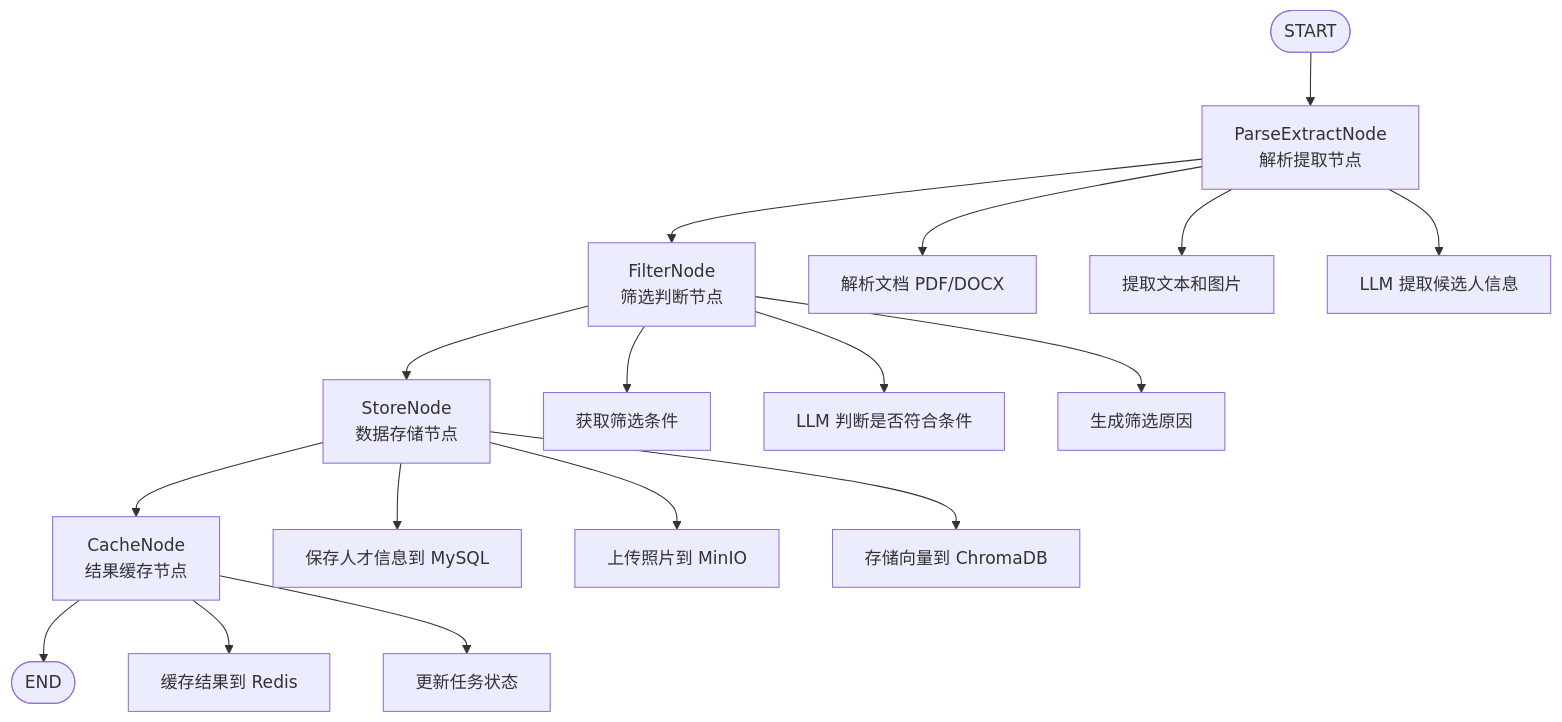
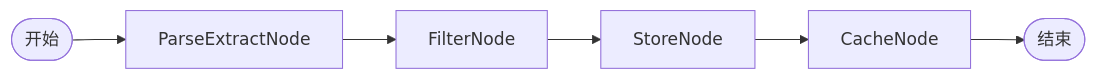
The second of 3 diagrams in docs/architecture.md (xt765/ResumeScreening), drawn with Mermaid before and after one commit. The commit also changed other lines of this file and 1 other file, not shown here.

First line of the commit message:
docs: 优化简历处理工作流图表展示

````diff
--- a/docs/architecture.md
+++ b/docs/architecture.md
@@ -91,23 +91,8 @@
 ```mermaid
-graph TB
-    A([START]) --> B[ParseExtractNode<br/>解析提取节点]
-    B --> C[FilterNode<br/>筛选判断节点]
-    C --> D[StoreNode<br/>数据存储节点]
-    D --> E[CacheNode<br/>结果缓存节点]
-    E --> F([END])
-    
-    B --> B1[解析文档 PDF/DOCX]
-    B --> B2[提取文本和图片]
-    B --> B3[LLM 提取候选人信息]
-    
-    C --> C1[获取筛选条件]
-    C --> C2[LLM 判断是否符合条件]
-    C --> C3[生成筛选原因]
-    
-    D --> D1[保存人才信息到 MySQL]
-    D --> D2[上传照片到 MinIO]
-    D --> D3[存储向量到 ChromaDB]
-    
-    E --> E1[缓存结果到 Redis]
-    E --> E2[更新任务状态]
+graph LR
+    A([开始]) --> B[ParseExtractNode]
+    B --> C[FilterNode]
+    C --> D[StoreNode]
+    D --> E[CacheNode]
+    E --> F([结束])
 ```
````
